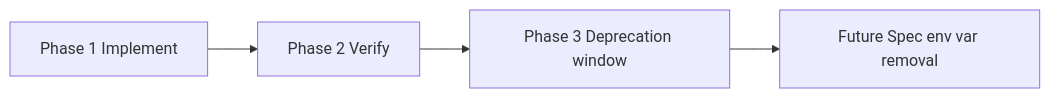
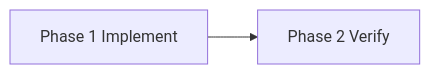
One commit to growilabs/growi changed the second of 2 diagrams in .kiro/specs/otel-direct-import/design.md. Above: the diagram before and after it, drawn with Mermaid. The commit also changed other lines of this file and 3 other files, not shown here.

````diff
--- a/.kiro/specs/otel-direct-import/design.md
+++ b/.kiro/specs/otel-direct-import/design.md
@@ -354,6 +354,4 @@
 ```mermaid
 graph LR
     A[Phase 1 Implement] --> B[Phase 2 Verify]
-    B --> C[Phase 3 Deprecation window]
-    C --> D[Future Spec env var removal]
 ```
````
